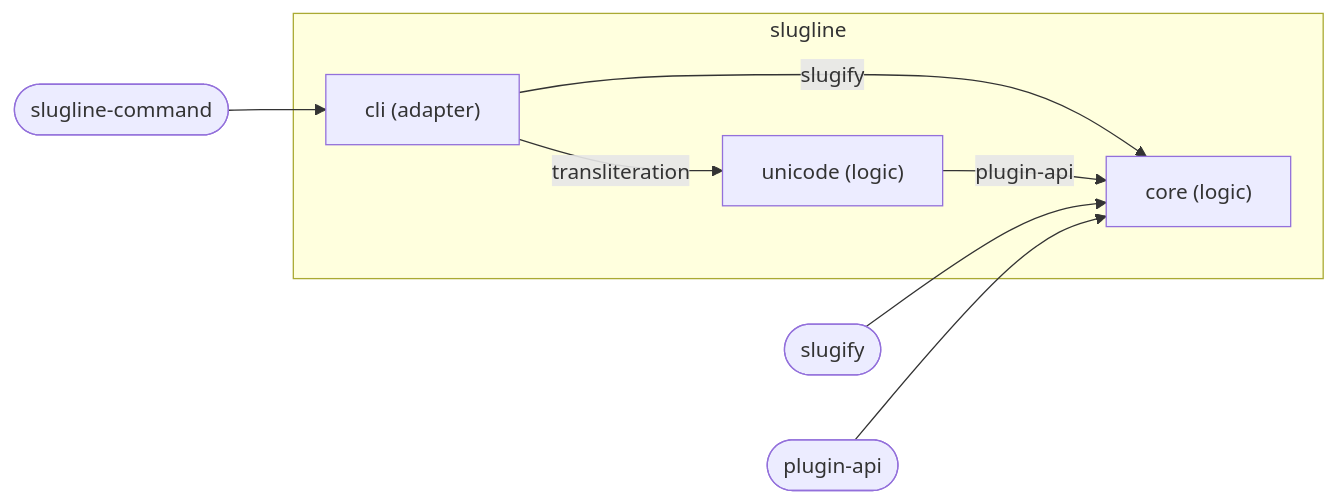
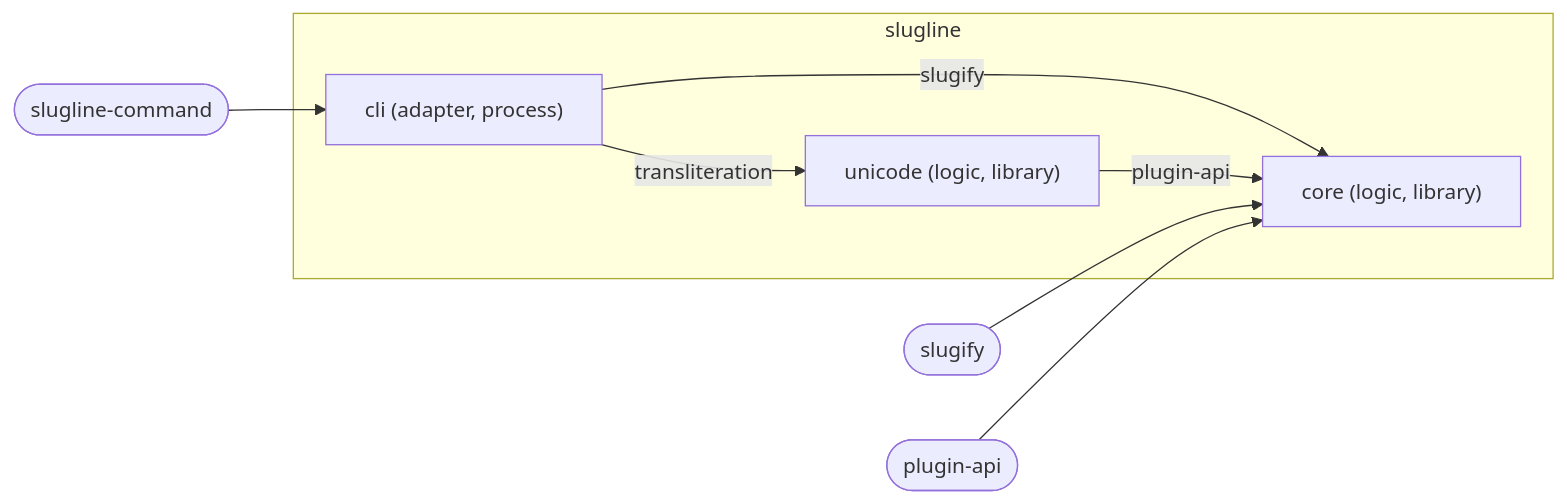
Before and after one commit to wackazong/unifold: the diagram in examples/slugline/docs/diagrams/component.md, drawn with Mermaid. The commit also changed other lines of this file and 23 other files, not shown here.

````diff
--- a/examples/slugline/docs/diagrams/component.md
+++ b/examples/slugline/docs/diagrams/component.md
@@ -8,21 +8,21 @@
 ```mermaid
 flowchart LR
   subgraph u_root["slugline"]
-    u_cli["cli (adapter)"]
-    u_core["core (logic)"]
-    u_plugins__unicode["unicode (logic)"]
+    u_cli["cli (adapter, process)"]
+    u_core["core (logic, library)"]
+    u_plugins__unicode["unicode (logic, library)"]
   end
   p_root___slugify(["slugify"])
   p_root___plugin_dapi(["plugin-api"])
   p_root___slugline_dcommand(["slugline-command"])
   u_cli -->|"slugify"| u_core
   u_cli -->|"transliteration"| u_plugins__unicode
   u_plugins__unicode -->|"plugin-api"| u_core
   p_root___slugify --> u_core
   p_root___plugin_dapi --> u_core
   p_root___slugline_dcommand --> u_cli
   classDef focus stroke-width:4px
   classDef planned stroke-dasharray:6 4
   classDef deprecated stroke-dasharray:2 2,opacity:0.6
   classDef plain stroke-dasharray:2 3
 ```
````
